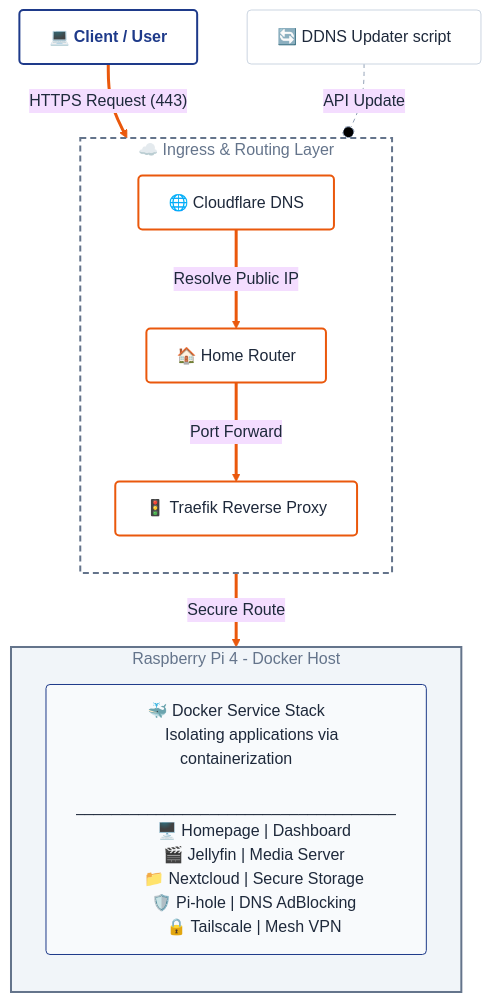
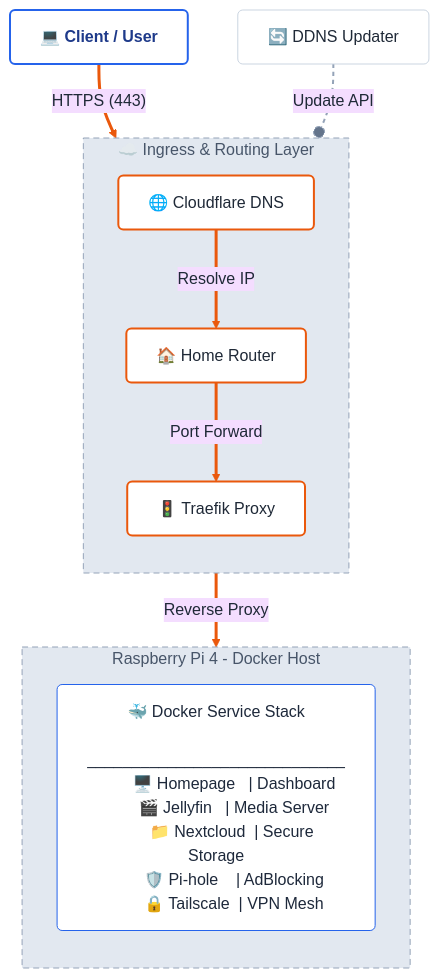
The diagram in README.md (charan-altro/self-host-lab), drawn with Mermaid before and after one commit.

````diff
--- a/README.md
+++ b/README.md
@@ -10,68 +10,72 @@
 ```mermaid
-%%{init: {'theme': 'base', 'themeVariables': { 'background': '#ffffff', 'mainBkg': '#ffffff', 'primaryTextColor': '#1e293b'}}}%%
+%%{init: {
+  'theme': 'base',
+  'themeVariables': {
+    'background': '#F5F7FA',
+    'mainBkg': '#F5F7FA',
+    'primaryTextColor': '#1F2937',
+    'lineColor': '#64748B'
+  }
+}}%%
 flowchart TB
-    %% --- GLOBAL PROFESSIONAL STYLES ---
-    %% 1. Basic Node Style
-    classDef base fill:#ffffff,stroke:#CBD5E1,stroke-width:1px,color:#1E293B,rx:4,ry:4,font-family:Arial,sans-serif
+    %% --- STYLE DEFINITIONS ---
+    %% 1. White Card Style for Nodes (Pops against the grey background)
+    classDef base fill:#FFFFFF,stroke:#CBD5E1,stroke-width:1px,color:#1F2937,rx:5,ry:5,font-family:sans-serif
 
-    %% 2. Client/Endpoint Style (Deep Corporate Blue)
-    classDef client fill:#ffffff,stroke:#1E3A8A,stroke-width:2px,color:#1E3A8A,rx:4,ry:4,font-weight:bold
+    %% 2. Blue Accents (Client & Server)
+    classDef client fill:#FFFFFF,stroke:#2563EB,stroke-width:2px,color:#1E3A8A,rx:5,ry:5,font-weight:bold
+    
+    %% 3. Orange Accents (The Active Network Path)
+    classDef transit fill:#FFFFFF,stroke:#EA580C,stroke-width:2px,color:#1F2937,rx:5,ry:5
 
-    %% 3. Active Routing Path Style (Vibrant Professional Orange)
-    classDef transit fill:#ffffff,stroke:#EA580C,stroke-width:2px,color:#1E293B,rx:4,ry:4
+    %% 4. The Docker List Box (Clean White with Blue Border)
+    classDef listBox fill:#FFFFFF,stroke:#2563EB,stroke-width:1px,color:#1E293B,rx:5,ry:5,align:left
 
-    %% 4. The App List Box (Subtle Off-White)
-    classDef listBox fill:#F8FAFC,stroke:#1E3A8A,stroke-width:1px,color:#1E293B,rx:4,ry:4,align:left
+    %% --- CONTAINER STYLING ---
+    %% These look like "Grouped Zones" on the grey background
+    classDef containerZone fill:#E2E8F0,stroke:#94A3B8,stroke-width:1px,stroke-dasharray: 6 4,color:#475569
 
-    %% --- CONTAINER STYLES ---
-    classDef networkContainer fill:#ffffff,stroke:#64748B,stroke-width:2px,stroke-dasharray: 6 4,color:#64748B
-    classDef serverContainer fill:#F1F5F9,stroke:#64748B,stroke-width:2px,color:#64748B
+    %% --- DIAGRAM CONTENT ---
 
-    %% --- DIAGRAM STRUCTURE ---
+    %% 1. TOP LAYER
+    User["💻 Client / User"]:::client
+    DDNS["🔄 DDNS Updater"]:::base
 
-    %% 1. TOP: Inputs
-    User["💻 Client / User"]:::client
-    DDNS["🔄 DDNS Updater script"]:::base
-
-    %% 2. MIDDLE: Routing Zone
+    %% 2. MIDDLE LAYER: Routing
     subgraph Routing ["☁️ Ingress & Routing Layer"]
         direction TB
         DNS["🌐 Cloudflare DNS"]:::transit
         Router["🏠 Home Router"]:::transit
-        Traefik["🚦 Traefik Reverse Proxy"]:::transit
+        Traefik["🚦 Traefik Proxy"]:::transit
     end
 
-    %% 3. BOTTOM: Server Zone
+    %% 3. BOTTOM LAYER: Server
     subgraph Server ["Raspberry Pi 4 - Docker Host"]
         direction TB
-        %% Fixed string formatting for better compatibility
         DockerList["🐳 Docker Service Stack
-        Isolating applications via containerization
-        ____________________________________
-        🖥️ Homepage | Dashboard
-        🎬 Jellyfin | Media Server
-        📁 Nextcloud | Secure Storage
-        🛡️ Pi-hole | DNS AdBlocking
-        🔒 Tailscale | Mesh VPN"]:::listBox
+        _____________________________
+        🖥️ Homepage   | Dashboard
+        🎬 Jellyfin   | Media Server
+        📁 Nextcloud  | Secure Storage
+        🛡️ Pi-hole    | AdBlocking
+        🔒 Tailscale  | VPN Mesh"]:::listBox
     end
 
-    %% --- CONNECTIONS (High Contrast) ---
-    %% Quoted labels to prevent syntax errors
+    %% --- CONNECTIONS ---
     
-    %% Main Active Flow (Thick Orange)
-    User ==>|"HTTPS Request (443)"| DNS
-    DNS ==>|"Resolve Public IP"| Router
+    %% Active Path (Orange & Thick)
+    User ==>|"HTTPS (443)"| DNS
+    DNS ==>|"Resolve IP"| Router
     Router ==>|"Port Forward"| Traefik
-    Traefik ==>|"Secure Route"| DockerList
+    Traefik ==>|"Reverse Proxy"| DockerList
 
-    %% Maintenance Flow (Dashed Gray)
-    DDNS -.-o|"API Update"| DNS
+    %% Maintenance Path (Grey & Dashed)
+    DDNS -.-o|"Update API"| DNS
 
     %% --- APPLY STYLES ---
-    class Routing networkContainer
-    class Server serverContainer
+    class Routing,Server containerZone
 
-    %% Link Styles: Orange for active path, Gray for maintenance
+    %% Link Styling
     linkStyle 0,1,2,3 stroke:#EA580C,stroke-width:3px,fill:none
-    linkStyle 4 stroke:#94A3B8,stroke-width:1px,stroke-dasharray: 4 4
+    linkStyle 4 stroke:#94A3B8,stroke-width:2px,stroke-dasharray: 4 4
 ```
````
